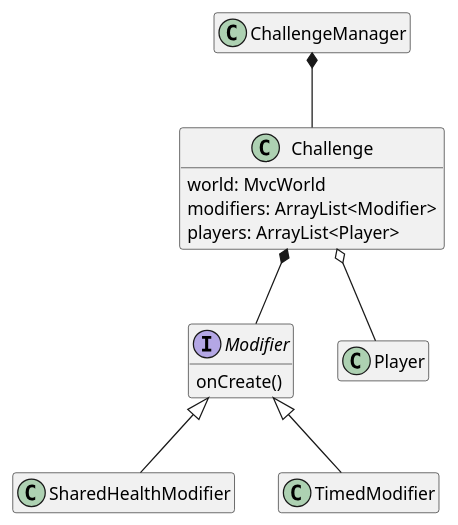
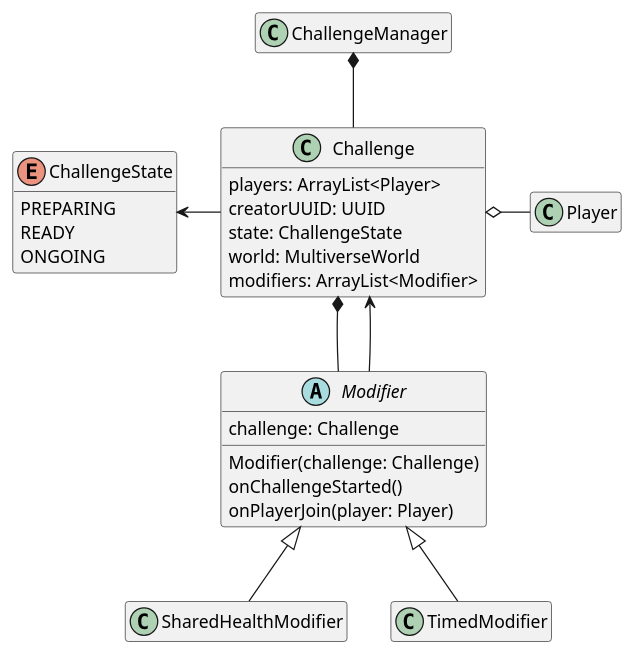
One commit to justmedev/papermc-challenge-api-plugin changed the diagram in architecture_v2.puml. Above: the diagram before and after it, drawn with PlantUML.

Commit message:
update architecture puml

```diff
--- a/architecture_v2.puml
+++ b/architecture_v2.puml
@@ -1,32 +1,44 @@
 @startuml
 hide empty members
 hide empty methods
 
-interface Modifier {
-  onCreate()
+abstract class Modifier {
+  challenge: Challenge
+
+  Modifier(challenge: Challenge)
+  onChallengeStarted()
+  onPlayerJoin(player: Player)
 }
 
 class SharedHealthModifier
 
 class TimedModifier
 
 class Challenge {
-  world: MvcWorld
+  players: ArrayList<Player>
+  creatorUUID: UUID
+  state: ChallengeState
+  world: MultiverseWorld
   modifiers: ArrayList<Modifier>
-  players: ArrayList<Player>
+}
+
+enum ChallengeState {
+  PREPARING
+  READY
+  ONGOING
 }
 
 class Player
 
 class ChallengeManager
 
 Modifier <|-- SharedHealthModifier
 Modifier <|-- TimedModifier
 Challenge *-- Modifier
+Modifier --up> Challenge
 
-Challenge o-- Player
-'ActiveChallenge *-- Challenge
-'ActiveChallenge *-- Player
+Challenge o-right- Player
+Challenge --left-> ChallengeState
 
 ChallengeManager *-- Challenge
 @enduml
```
